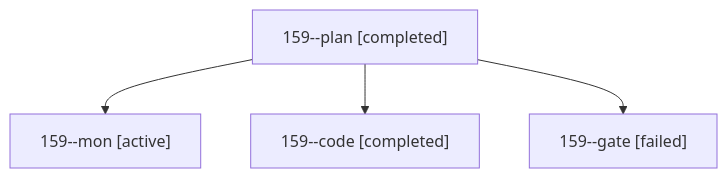
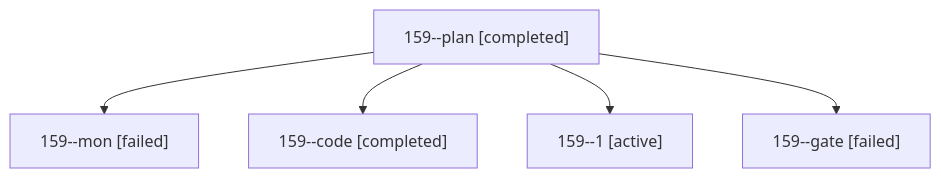
One commit to sase-org/sase--agents changed the diagram in sessions/bbugyi200.athena.159.md. Above: the diagram before and after it, drawn with Mermaid. The commit also changed other lines of this file and 82 other files, not shown here.

````diff
--- a/sessions/bbugyi200.athena.159.md
+++ b/sessions/bbugyi200.athena.159.md
@@ -9,10 +9,12 @@
 ```mermaid
 flowchart TD
   n0["159--plan [completed]"]
-  n1["159--mon [active]"]
+  n1["159--mon [failed]"]
   n0 --> n1
   n2["159--code [completed]"]
   n0 --> n2
-  n3["159--gate [failed]"]
+  n3["159--1 [active]"]
   n0 --> n3
+  n4["159--gate [failed]"]
+  n0 --> n4
 ```
````
